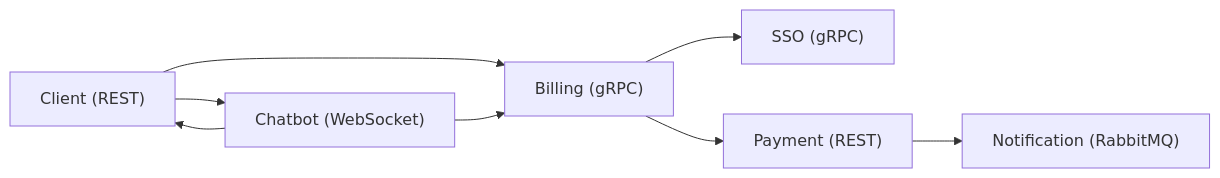
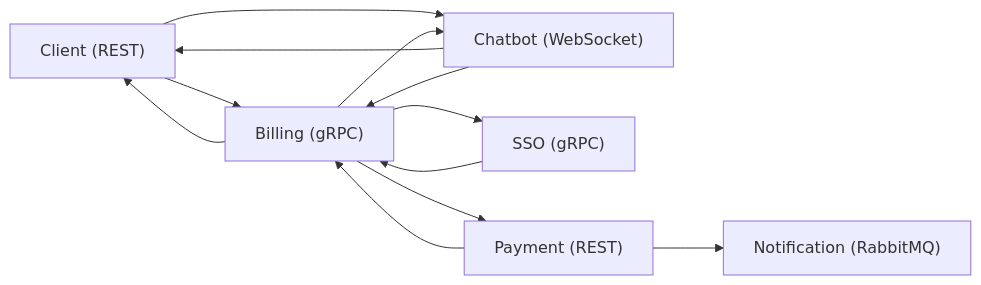
The diagram in README.md (DarthanHawke/finance-system), drawn with Mermaid before and after one commit.

````diff
--- a/README.md
+++ b/README.md
@@ -43,10 +43,25 @@
 ```mermaid
 flowchart LR
-    Client["Client (REST)"] --> Billing["Billing (gRPC)"]
-    Client --> Chatbot["Chatbot (WebSocket)"]
-    Chatbot --> Client
-    Chatbot --> Billing["Billing (gRPC)"]
-    Billing --> SSO["SSO (gRPC)"]
-    Billing --> Payment["Payment (REST)"]
-    Payment --> Notification["Notification (RabbitMQ)"]
+
+    Client["Client (REST)"] --> Billing["Billing (gRPC)"]
+
+    Client --> Chatbot["Chatbot (WebSocket)"]
+
+    Billing --> Client
+
+    Chatbot --> Client
+
+    Chatbot --> Billing["Billing (gRPC)"]
+
+    Billing --> Chatbot
+
+    Billing --> SSO["SSO (gRPC)"]
+
+    SSO --> Billing
+
+    Billing --> Payment["Payment (REST)"]
+
+    Payment --> Billing
+
+    Payment --> Notification["Notification (RabbitMQ)"]
 ``` 
````
